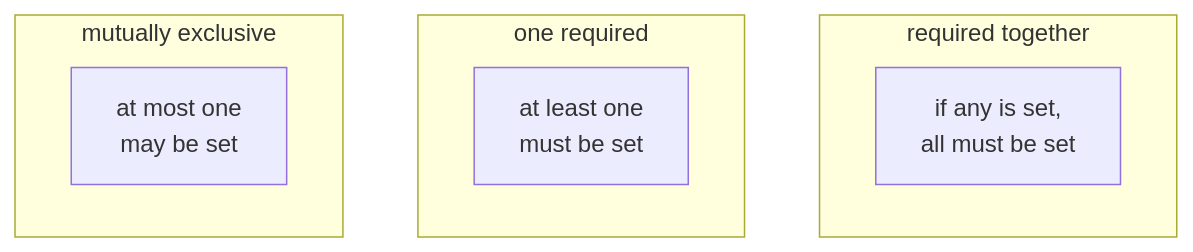
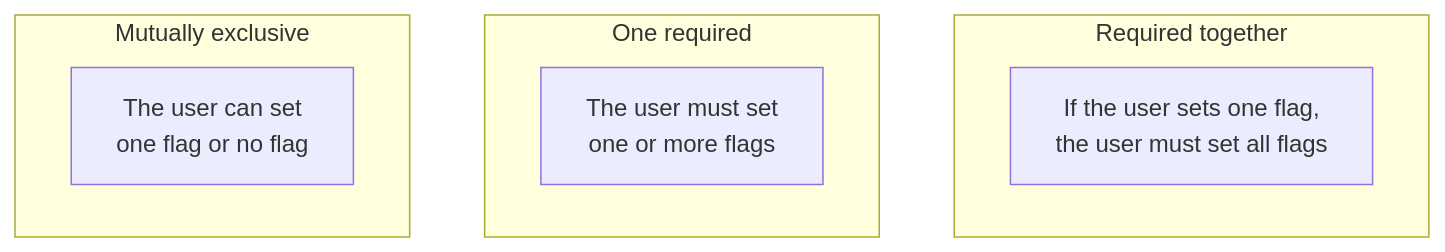
Before and after one commit to KeunwooPark/cluedoc: the third of 4 diagrams in docs/examples/cobra/.cluedoc/flag-handling/README.md, drawn with Mermaid. The commit also changed other lines of this file and 22 other files, not shown here.

````diff
--- a/docs/examples/cobra/.cluedoc/flag-handling/README.md
+++ b/docs/examples/cobra/.cluedoc/flag-handling/README.md
@@ -58,12 +76,15 @@
 ```mermaid
 flowchart TD
-    subgraph "required together"
-    RT["if any is set,<br/>all must be set"]
+    subgraph RT ["Required together"]
+    A1["If the user sets one flag,
+    the user must set all flags"]
     end
-    subgraph "one required"
-    OR["at least one<br/>must be set"]
+    subgraph OR ["One required"]
+    A2["The user must set
+    one or more flags"]
     end
-    subgraph "mutually exclusive"
-    ME["at most one<br/>may be set"]
+    subgraph ME ["Mutually exclusive"]
+    A3["The user can set
+    one flag or no flag"]
     end
 ```
````
